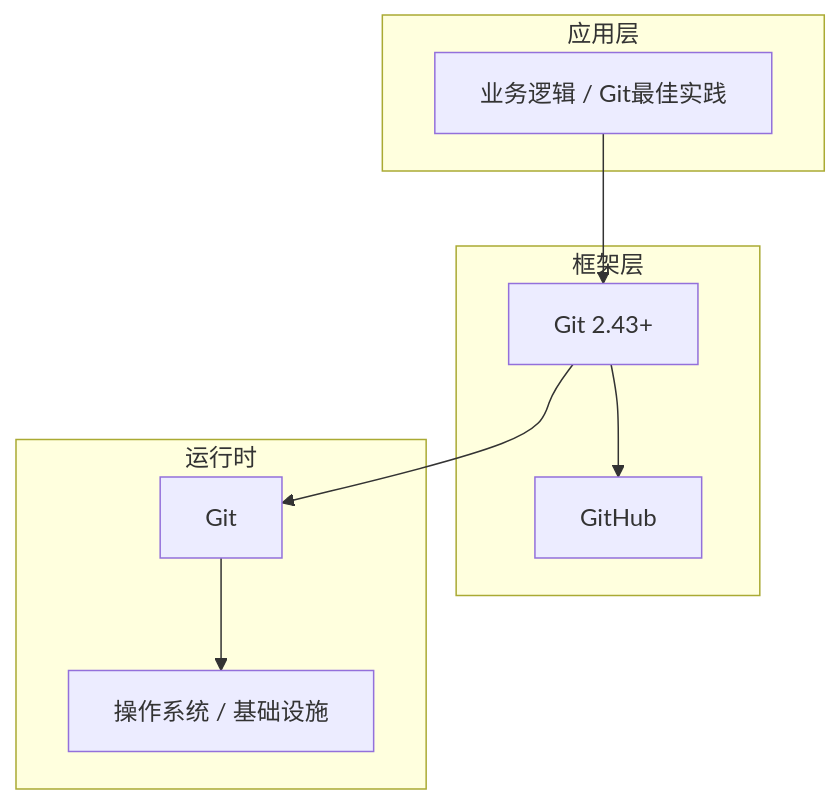
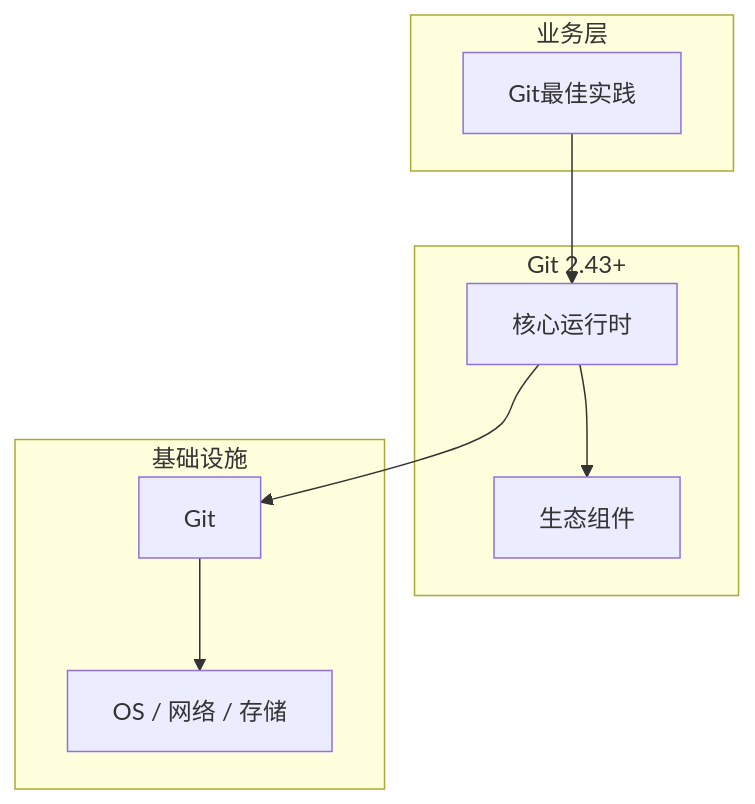
Before and after one commit to yanggan2015/knowledge-json-v2: the diagram in articles/Git版本控制/chapters/076-Git最佳实践核心概念与原理.md, drawn with Mermaid. The commit also changed other lines of this file and 10127 other files, not shown here.

````diff
--- a/articles/Git版本控制/chapters/076-Git最佳实践核心概念与原理.md
+++ b/articles/Git版本控制/chapters/076-Git最佳实践核心概念与原理.md
@@ -45,18 +34,18 @@
 ```mermaid
 graph TB
-    subgraph 应用层
-        A[业务逻辑 / Git最佳实践]
+    subgraph 业务层
+        A[Git最佳实践]
     end
-    subgraph 框架层
-        B[Git 2.43+]
-        C[GitHub]
+    subgraph Git 2.43+
+        B[核心运行时]
+        C[生态组件]
     end
-    subgraph 运行时
+    subgraph 基础设施
         D[Git]
-        E[操作系统 / 基础设施]
+        E[OS / 网络 / 存储]
     end
     A --> B
     B --> C
     B --> D
     D --> E
 ```
````
